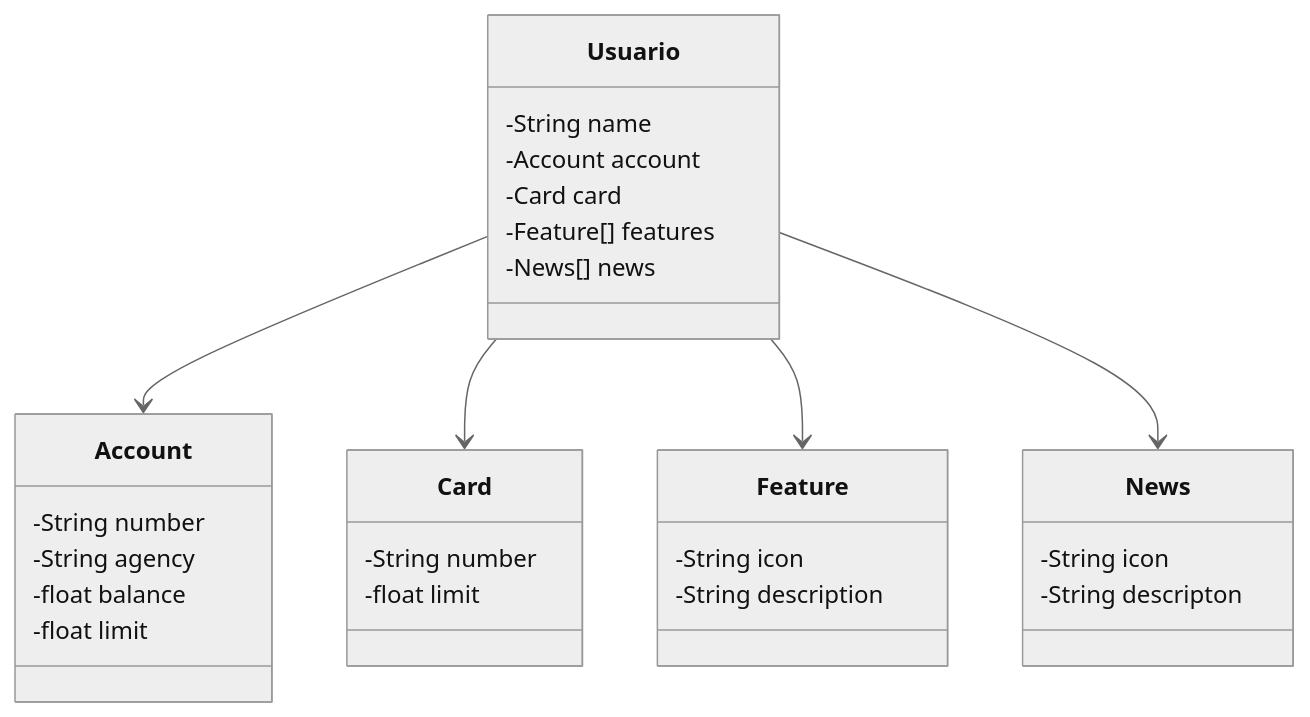
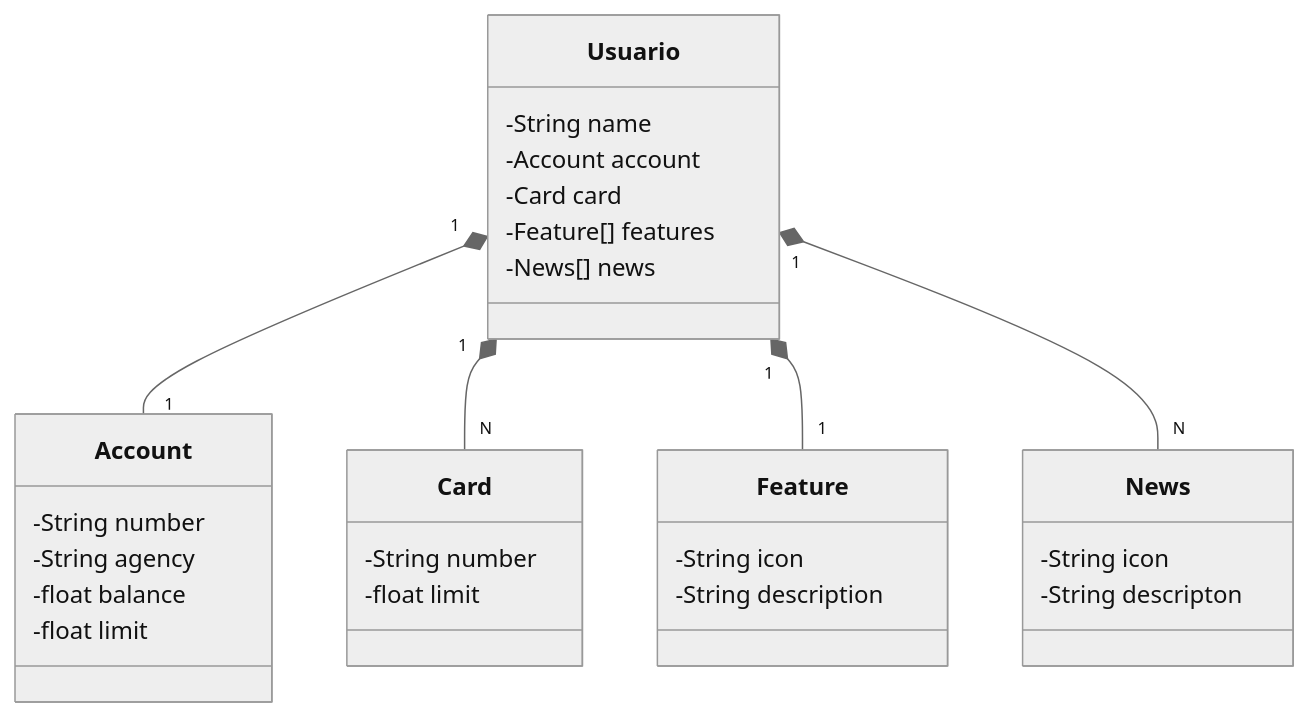
The diagram in README.md (ro6rigo/dev-week-2025), drawn with Mermaid (neutral theme) before and after one commit.

````diff
--- a/README.md
+++ b/README.md
@@ -6,37 +6,37 @@
 ```mermaid
 classDiagram
     class Usuario {
         -String name
         -Account account        
         -Card card
         -Feature[] features
         -News[] news
     }
 
     class Account {
         -String number
         -String agency
         -float balance
         -float limit
     }
 
     class Card {
         -String number
         -float limit
     }
 
     class Feature {
         -String icon
         -String description
     }
 
     class News {
         -String icon
         -String descripton
     }
 
-    Usuario --> Account
-    Usuario --> Card
-    Usuario --> Feature
-    Usuario --> News
+    Usuario "1" *-- "1" Account
+    Usuario "1" *-- "N" Card
+    Usuario "1" *-- "1" Feature
+    Usuario "1" *-- "N" News
 ```
````
